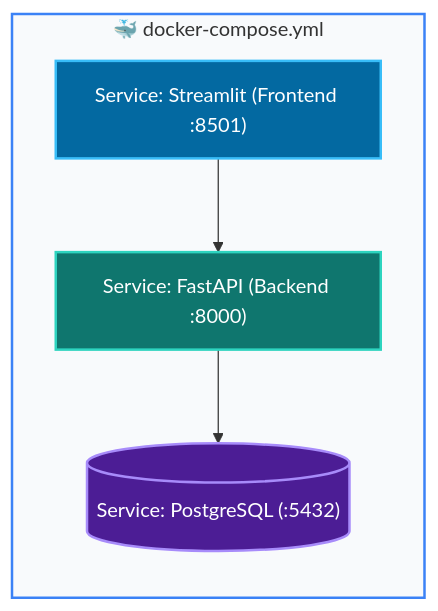
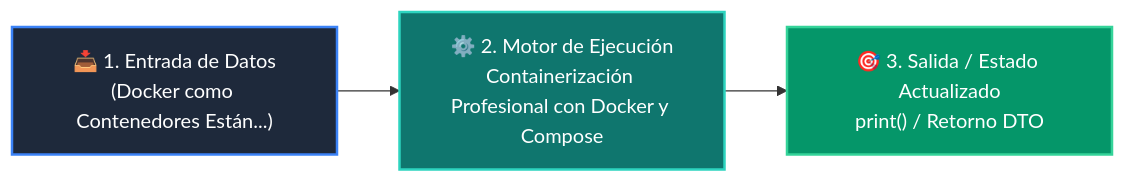
One commit to wisrovi/wisrovi-python changed the diagram in 04-proyecto-final/clase-07-docker-y-compose/README.md. Above: the diagram before and after it, drawn with Mermaid. The commit also changed other lines of this file and 54 other files, not shown here.

Commit message:
refactor: clean repository root by moving maintenance scripts to scripts/ and restore rich high-contrast Mermaid diagrams for all classes and examples

````diff
--- a/04-proyecto-final/clase-07-docker-y-compose/README.md
+++ b/04-proyecto-final/clase-07-docker-y-compose/README.md
@@ -12,15 +12,9 @@
 ```mermaid
 flowchart LR
-    subgraph Compose["🐳 docker-compose.yml"]
-        API["Service: FastAPI (Backend :8000)"]
-        UI["Service: Streamlit (Frontend :8501)"]
-        DB[("Service: PostgreSQL (:5432)")]
-        UI --> API
-        API --> DB
-    end
+    A["📥 1. Entrada de Datos<br/>(Docker como Contenedores Están...)"] --> B["⚙️ 2. Motor de Ejecución<br/>Containerización Profesional con Docker y Compose"]
+    B --> C["🎯 3. Salida / Estado Actualizado<br/>print() / Retorno DTO"]
 
-    style Compose fill:#f8fafc,stroke:#3b82f6,stroke-width:2px
-    style API fill:#0f766e,color:#fff,stroke:#2dd4bf,stroke-width:2px
-    style UI fill:#0369a1,color:#fff,stroke:#38bdf8,stroke-width:2px
-    style DB fill:#4c1d95,color:#fff,stroke:#a78bfa,stroke-width:2px
+    style A fill:#1e293b,color:#ffffff,stroke:#3b82f6,stroke-width:2px
+    style B fill:#0f766e,color:#ffffff,stroke:#2dd4bf,stroke-width:2px
+    style C fill:#059669,color:#ffffff,stroke:#34d399,stroke-width:2px
 ```
````
